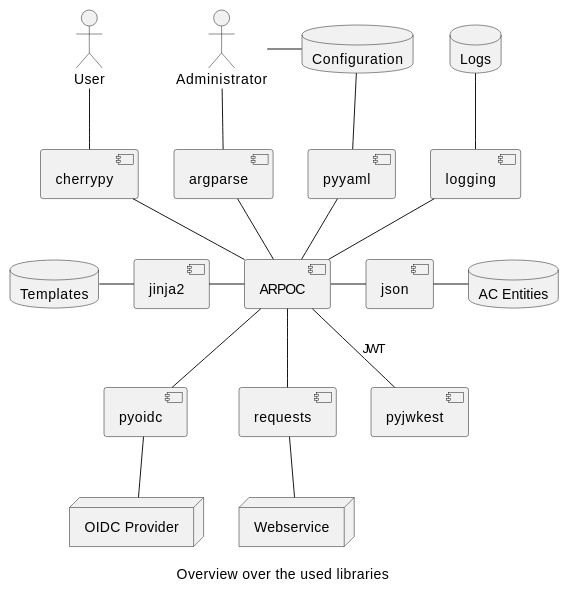
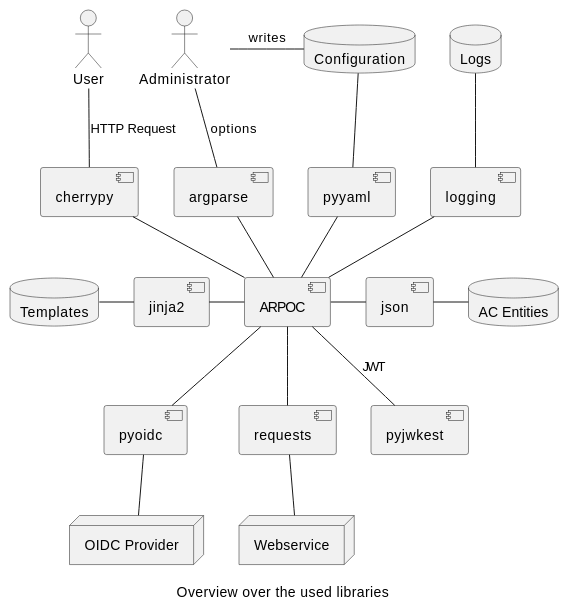
One commit to JustKiddingCode/arpoc changed the diagram in docs/implementation/general.rst. Above: the diagram before and after it, drawn with PlantUML. The commit also changed other lines of this file and 21 other files, not shown here.

```diff
--- a/docs/implementation/general.rst
+++ b/docs/implementation/general.rst
@@ -9,44 +21,44 @@
 .. uml::
    :width:  40%
 
    [pyoidc]
    [cherrypy]
    [pyyaml]
    [argparse]
    [json]
    [jinja2]
    [ARPOC]
    [requests]
    [pyjwkest]
    [logging]
    
    Actor User
    Actor Administrator
    
    node "OIDC Provider" as oidcp
    node Webservice
    database "AC Entities" as ace
    database Templates
    database Configuration
    database Logs
    
-   User -- cherrypy
-   Administrator -- argparse
+   User -- cherrypy : HTTP Request
+   Administrator -- argparse : options
    argparse -- ARPOC
    cherrypy -- ARPOC
    ARPOC -- pyoidc
    pyoidc -- oidcp
    ARPOC - json
    json - ace
    jinja2 - ARPOC
    Templates - jinja2
-   Administrator - Configuration
+   Administrator - Configuration : writes
    Configuration -- pyyaml
    pyyaml -- ARPOC
    ARPOC -- requests
    requests -- Webservice
    ARPOC -- pyjwkest : JWT
    logging -- ARPOC
    Logs -- logging
 
    Caption Overview over the used libraries
```
